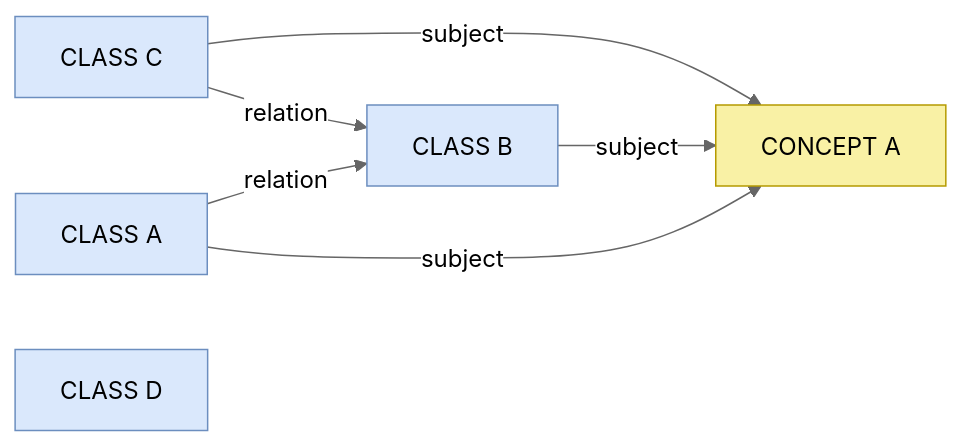
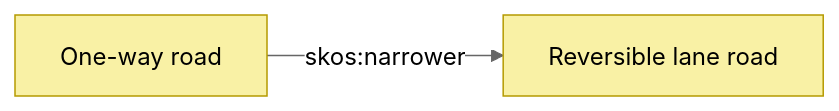
The fifth of 7 diagrams in docs/concepts/vocabs/introduction.md (Kurrawong/docs), drawn with Mermaid (neutral theme) before and after one commit. The commit also changed other lines of this file, not shown here.

````diff
--- a/docs/concepts/vocabs/introduction.md
+++ b/docs/concepts/vocabs/introduction.md
@@ -183,17 +186,9 @@
 ```mermaid
 graph LR;
     classDef concept fill:#f9f1a5,stroke:#b59a00;
-    classDef default fill:#dae8fc,stroke:#6c8ebf;
-    
-    4["CLASS C"];
-    7["CONCEPT A"]:::concept;
-    8["CLASS B"];
-    9["CLASS A"];
-    10["CLASS D"];
 
-    4 -- "subject" --> 7;
-    4 -- "relation" --> 8;
-    8 -- "subject" --> 7;
-    9 -- "subject" --> 7;
-    9 -- "relation" --> 8;
+    A["One-way road"]:::concept;
+    B["Reversible lane road"]:::concept;
+
+    A -- "skos:narrower" --> B;
 ```
````
